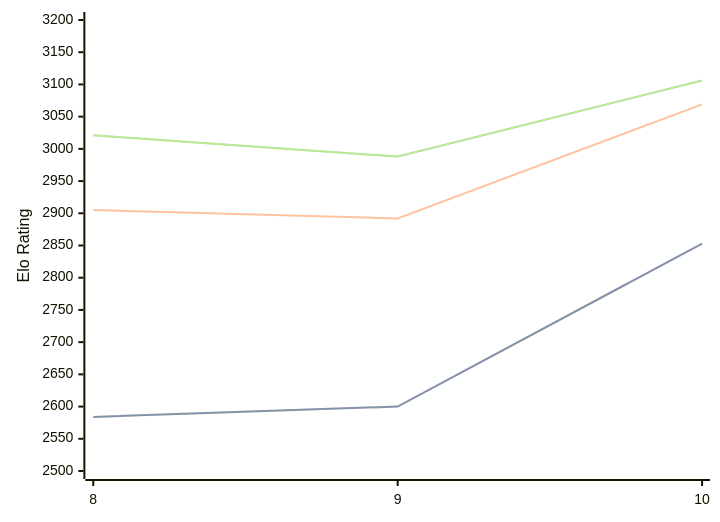
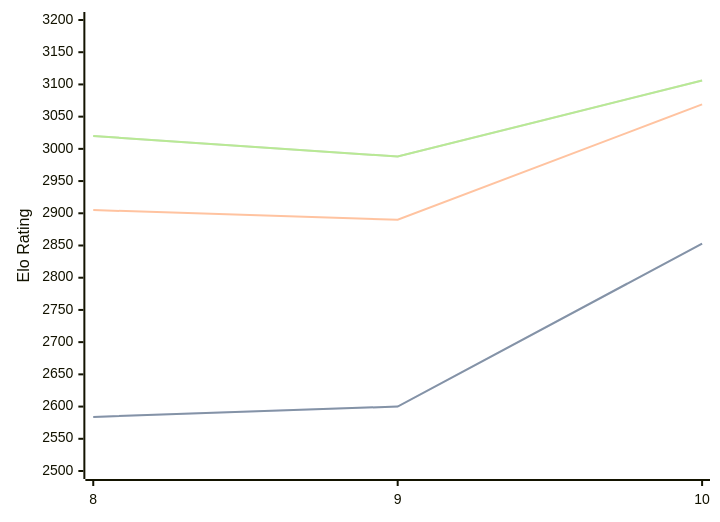
One commit to computer-chess-index/cci changed the third of 3 diagrams in engines/Lozza.md. Above: the diagram before and after it, drawn with Mermaid. The commit also changed other lines of this file, not shown here.

Commit message:
Update CCI Ratings (ELO VLTC) - 2026-06-30

````diff
--- a/engines/Lozza.md
+++ b/engines/Lozza.md
@@ -74,11 +74,11 @@
 ```mermaid
 %%{init: {"theme":"base","themeVariables":{"seriesColors:['#a3a3a3','#222221','#faa371']}}}%%
 xychart-beta
   x-axis ["8", "9", "10"]
   y-axis "Elo Rating" 2500 --> 3200
   line "STC (8.0+0.08s)" [2584, 2600, 2853]
   line "STC (8.0+0.08s)" [2584, 2600, 2853]
-  line "LTC (60.0+0.60s)" [2905, 2892, 3069]
-  line "VLTC (2m24s+1.12s)" [3021, 2988, 3106]
-  line "VLTC (2m24s+1.12s)" [3021, 2988, 3106]
+  line "LTC (60.0+0.60s)" [2905, 2890, 3069]
+  line "VLTC (2m24s+1.12s)" [3020, 2988, 3106]
+  line "VLTC (2m24s+1.12s)" [3020, 2988, 3106]
 ```
````
